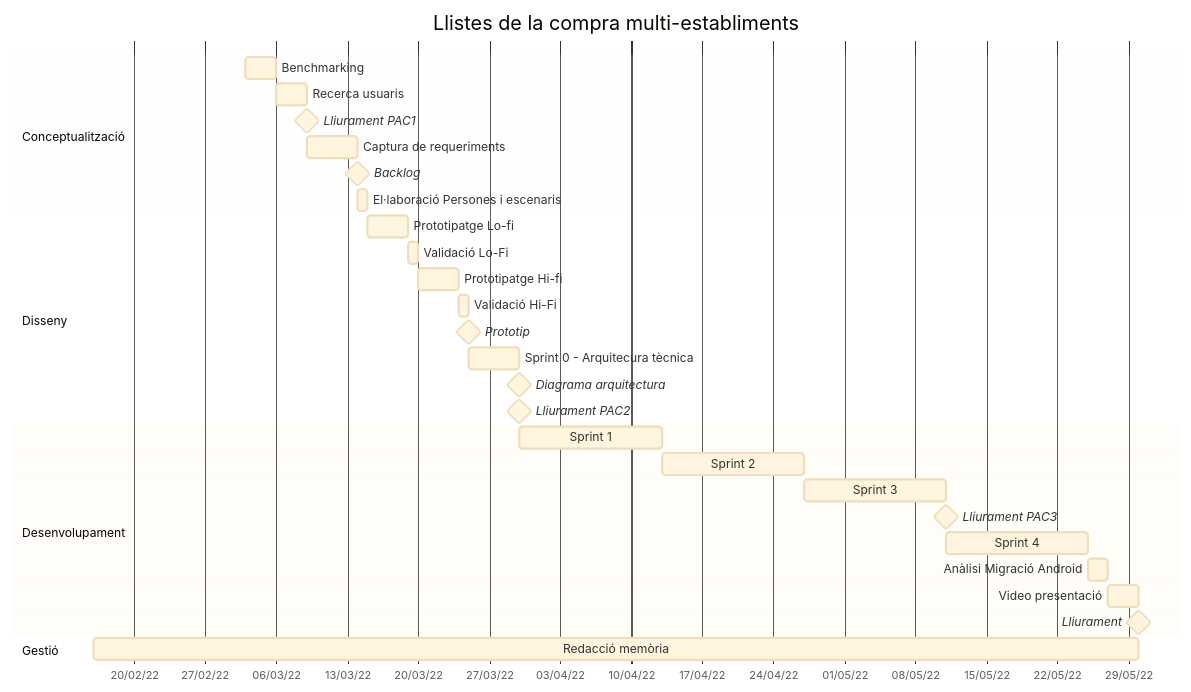
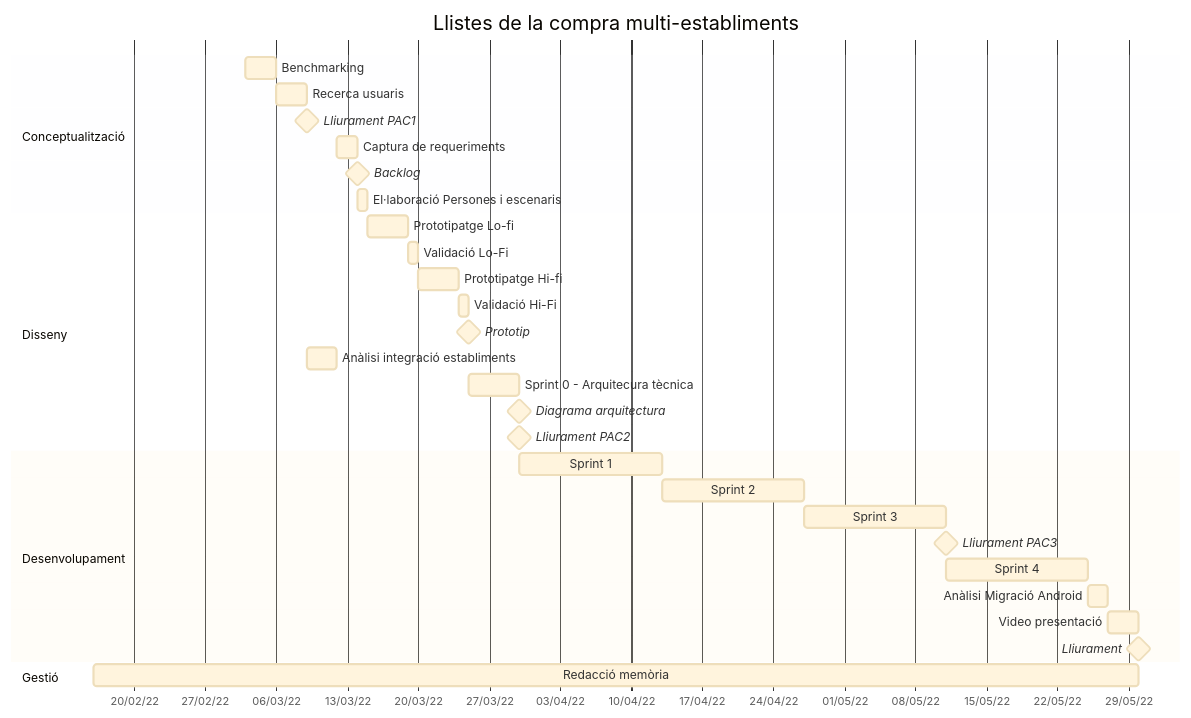
Before and after one commit to xaviaracil/better-shopping-list: the diagram in PLANNING.md, drawn with Mermaid.

````diff
--- a/PLANNING.md
+++ b/PLANNING.md
@@ -1,34 +1,35 @@
 ```mermaid
 %%{init: {'theme':'base'}}%%
 gantt
 dateFormat  DD-MM-YYYY
 axisFormat  %d/%m/%y
 title Llistes de la compra multi-establiments
 section Conceptualització
 Benchmarking: c0, 03-03-2022, 3d
 Recerca usuaris: c1, after c0, 3d
 Lliurament PAC1 : milestone, m1, 09-03-2022, 2min
-Captura de requeriments : c1, after m1, 5d
+Captura de requeriments : c1, after d0, 2d
 Backlog: milestone, backlog, after c1, 2min
 El·laboració Persones i escenaris : c3, after c1, 1d
 section Disseny
 Prototipatge Lo-fi: d1, after c3, 4d
 Validació Lo-Fi: d2, after d1, 1d
 Prototipatge Hi-fi: d3, after d2, 4d
 Validació Hi-Fi: d4, after d3, 1d
 Prototip: milestone, prototip, after d4, 2min
+Anàlisi integració establiments : d0, after m1, 3d
 Sprint 0 - Arquitecura tècnica : d5, after d4, 5d
 Diagrama arquitectura: milestone, arch, after d5, 2min
 Lliurament PAC2 : milestone, m2, 30-03-2022, 2min
 section Desenvolupament
 Sprint 1: devel1, after m2, 14d
 Sprint 2: devel2, after devel1, 14d
 Sprint 3: devel3, after devel2, 14d
 Lliurament PAC3 : milestone, m3, 11-05-2022, 2min
 Sprint 4: devel4, after m3, 14d
 Anàlisi Migració Android : migracio, after devel4, 2d
 Video presentació : video, after migracio, 3d
 Lliurament : milestone, mFinal, 30-05-2022, 2min
 section Gestió
 Redacció memòria: memoria, 16-02-2022, 30-05-2022
 ```
````
